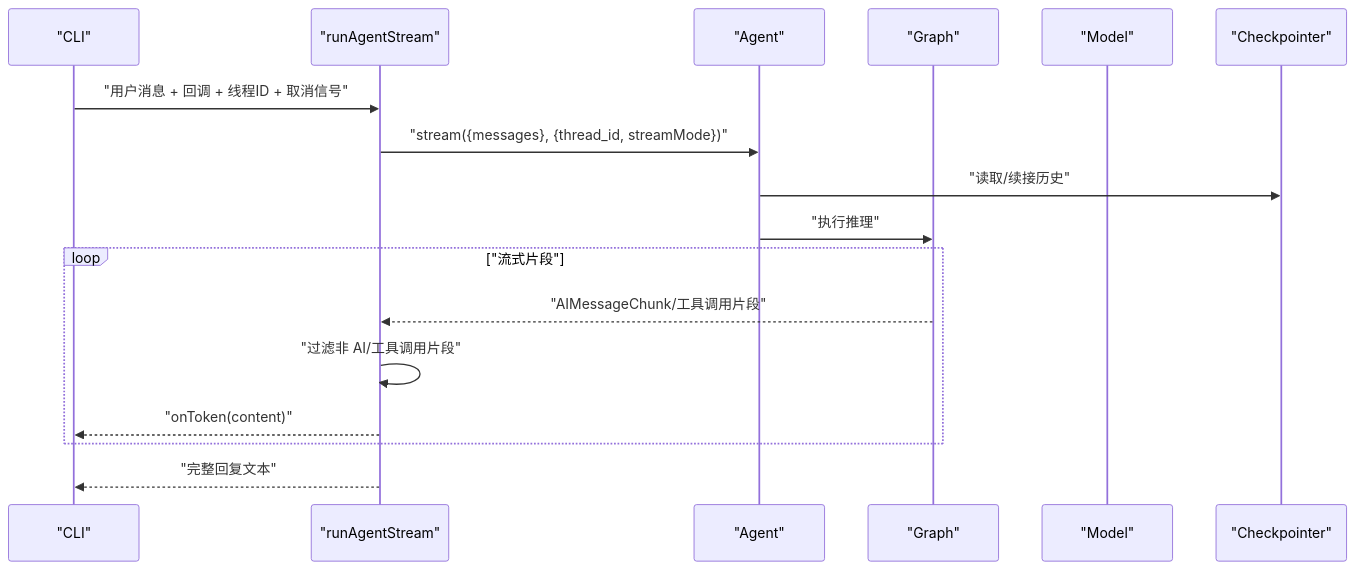
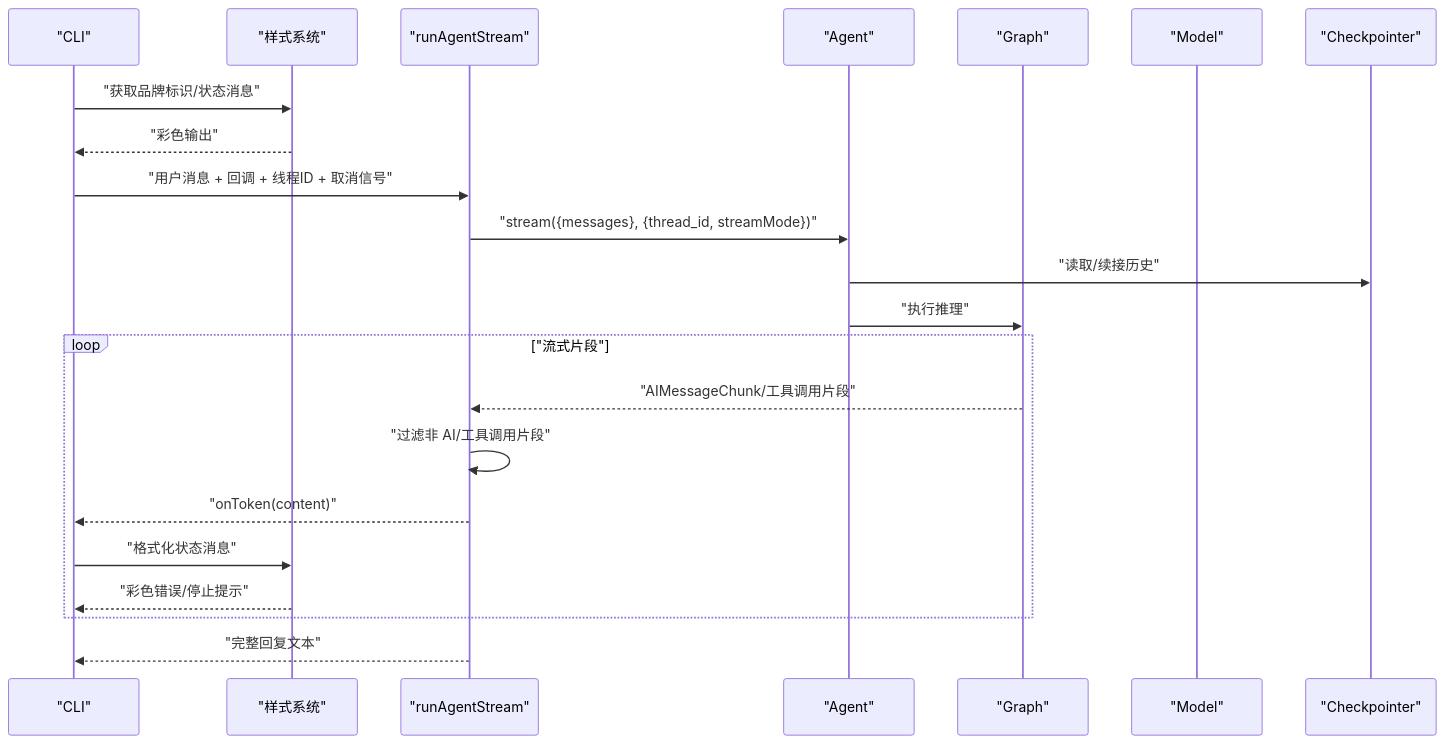
Before and after one commit to HAOFUYANG/onion-code: the third of 8 diagrams in .qoder/repowiki/zh/content/核心代理系统/核心代理系统.md, drawn with Mermaid. The commit also changed other lines of this file and 5 other files, not shown here.

````diff
--- a/.qoder/repowiki/zh/content/核心代理系统/核心代理系统.md
+++ b/.qoder/repowiki/zh/content/核心代理系统/核心代理系统.md
@@ -184,19 +201,24 @@
 ```mermaid
 sequenceDiagram
 participant C as "CLI"
+participant S as "样式系统"
 participant R as "runAgentStream"
 participant A as "Agent"
 participant G as "Graph"
 participant M as "Model"
 participant K as "Checkpointer"
+C->>S : "获取品牌标识/状态消息"
+S-->>C : "彩色输出"
 C->>R : "用户消息 + 回调 + 线程ID + 取消信号"
 R->>A : "stream({messages}, {thread_id, streamMode})"
 A->>K : "读取/续接历史"
 A->>G : "执行推理"
 loop "流式片段"
 G-->>R : "AIMessageChunk/工具调用片段"
 R->>R : "过滤非 AI/工具调用片段"
 R-->>C : "onToken(content)"
+C->>S : "格式化状态消息"
+S-->>C : "彩色错误/停止提示"
 end
 R-->>C : "完整回复文本"
 ```
````
